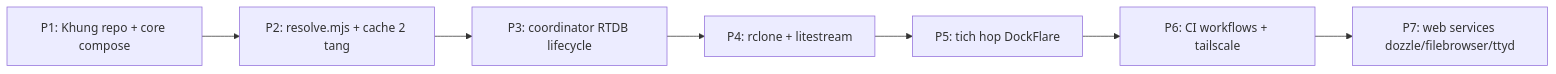
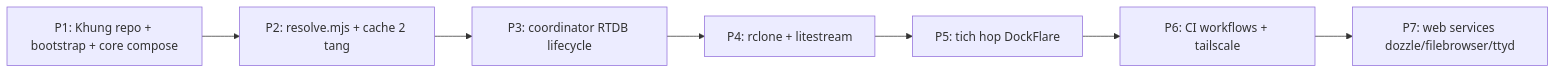
The diagram in docs/02-spec-va-ke-hoach.md (ongtrieuhoaiphuc-oi/dockflarestack-template), drawn with Mermaid before and after one commit. The commit also changed other lines of this file, not shown here.

Commit message:
docs(spec): dong bo docs/02 voi cac quyet dinh vong 1-3 (bootstrap, 7 module, fail-closed, handover re-pull, RTDB namespace, RCLONE exclude, package.json deps)

````diff
--- a/docs/02-spec-va-ke-hoach.md
+++ b/docs/02-spec-va-ke-hoach.md
@@ -67,9 +82,9 @@
 ```mermaid
 flowchart LR
-    P1["P1: Khung repo + core compose"] --> P2["P2: resolve.mjs + cache 2 tang"]
+    P1["P1: Khung repo + bootstrap + core compose"] --> P2["P2: resolve.mjs + cache 2 tang"]
     P2 --> P3["P3: coordinator RTDB lifecycle"]
     P3 --> P4["P4: rclone + litestream"]
     P4 --> P5["P5: tich hop DockFlare"]
     P5 --> P6["P6: CI workflows + tailscale"]
     P6 --> P7["P7: web services dozzle/filebrowser/ttyd"]
 ```
````
